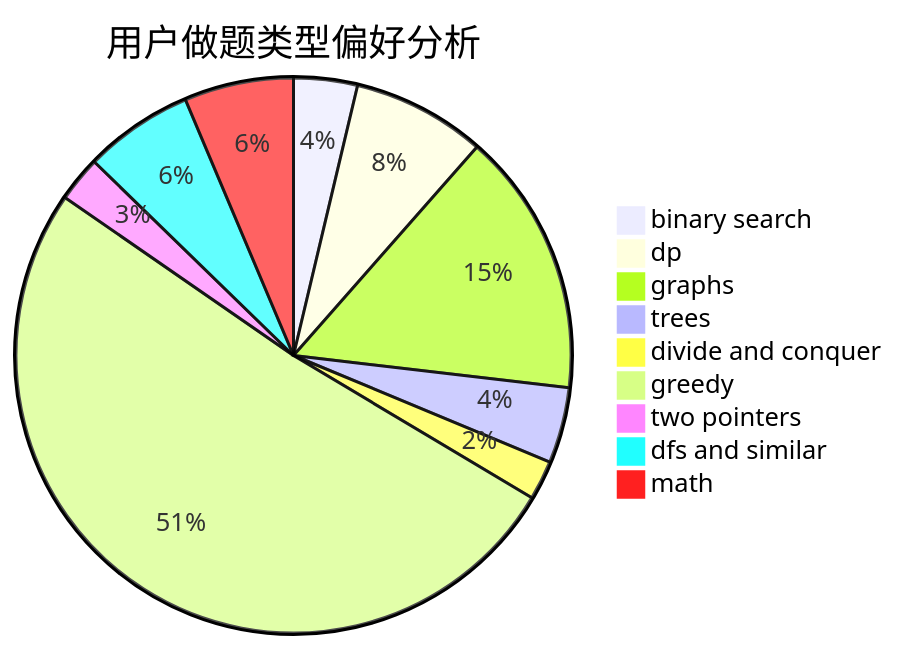
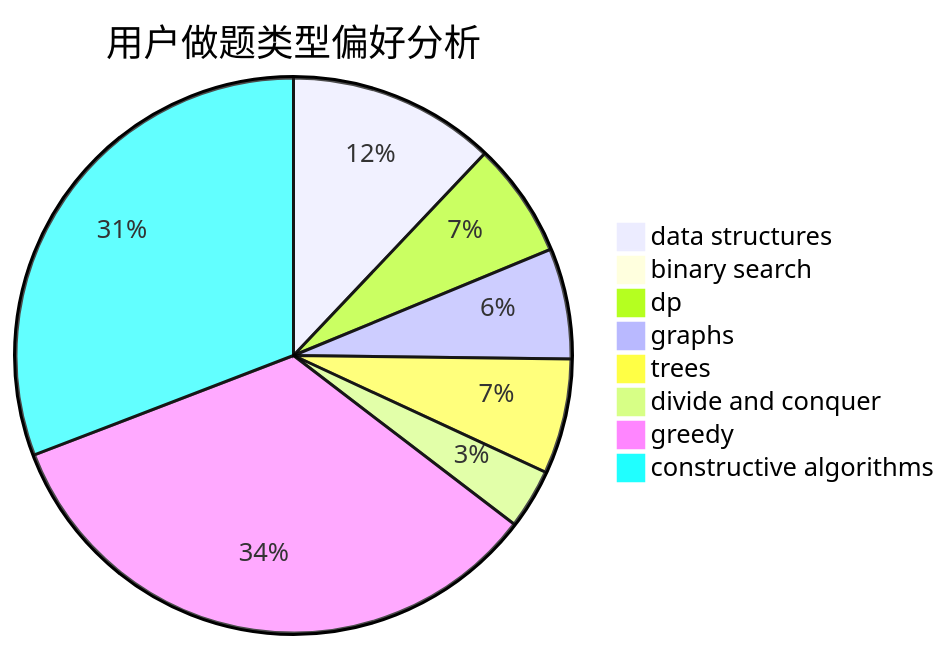
The second of 3 diagrams in docs/user/u2325.md (sherpahu/cfrs.github.io), drawn with Mermaid before and after one commit. The commit also changed other lines of this file and 2775 other files, not shown here.

````diff
--- a/docs/user/u2325.md
+++ b/docs/user/u2325.md
@@ -23,12 +23,11 @@
 ```mermaid
 pie title 用户做题类型偏好分析
-    "binary search" :  21
-    "dp" :  44
-    "graphs" :  87
+    "data structures" :  45
+    "binary search" :  0
+    "dp" :  25
+    "graphs" :  24
     "trees" :  25
     "divide and conquer" :  13
-    "greedy" :  289
-    "two pointers" :  15
-    "dfs and similar" :  36
-    "math" :  36
+    "greedy" :  126
+    "constructive algorithms" :  115
 ```
````
